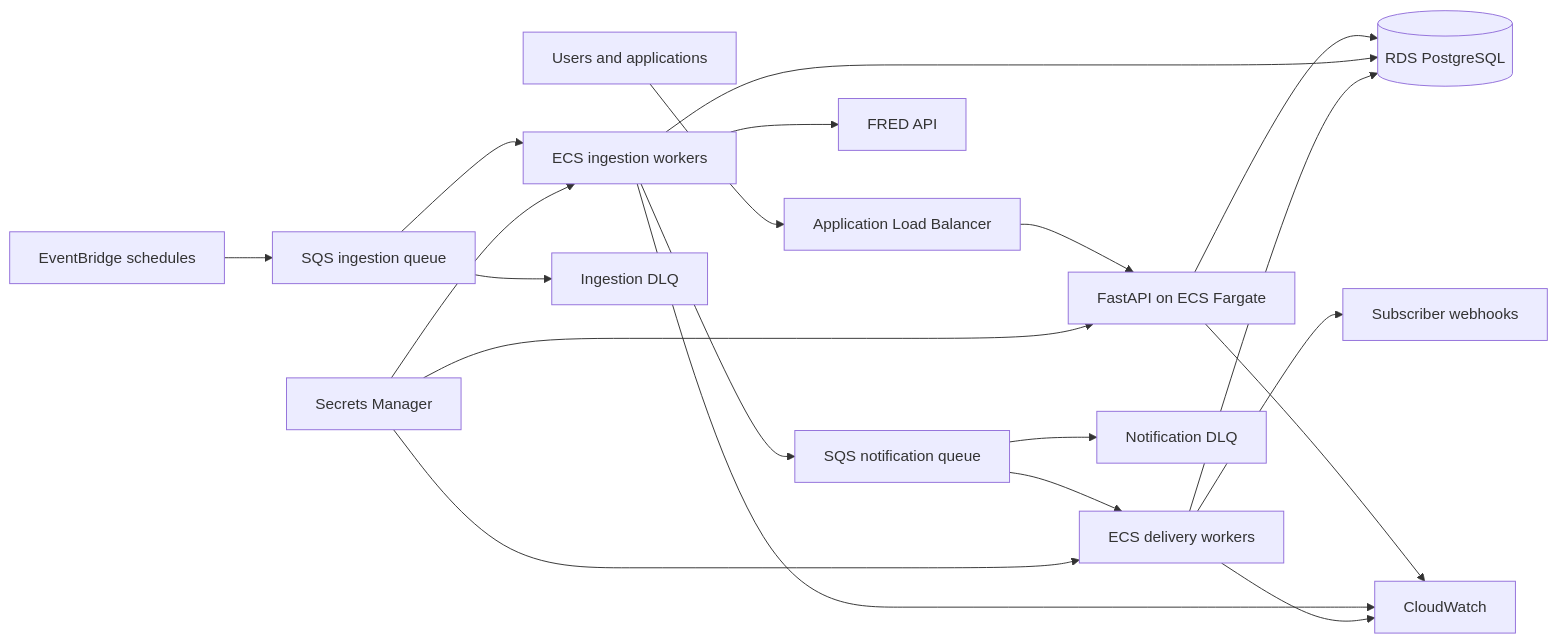
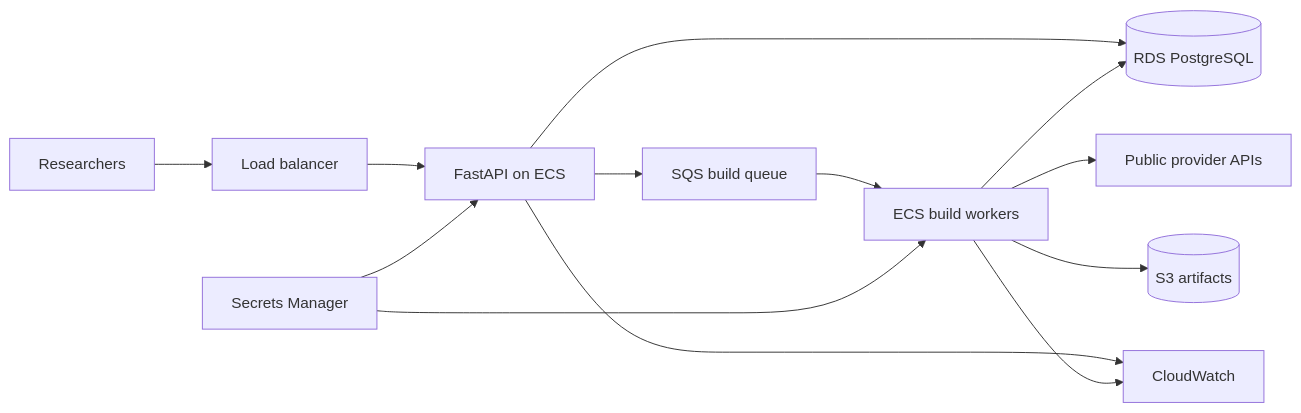
The third of 3 diagrams in docs/SYSTEM_DESIGN.md (atharvanaik06/economic-release-tracker), drawn with Mermaid before and after one commit. The commit also changed other lines of this file and 5 other files, not shown here.

````diff
--- a/docs/SYSTEM_DESIGN.md
+++ b/docs/SYSTEM_DESIGN.md
@@ -243,25 +239,15 @@
 ```mermaid
 flowchart LR
-    User[Users and applications] --> LB[Application Load Balancer]
-    LB --> API[FastAPI on ECS Fargate]
+    User[Researchers] --> LB[Load balancer]
+    LB --> API[FastAPI on ECS]
     API --> RDS[(RDS PostgreSQL)]
-
-    EB[EventBridge schedules] --> IQ[SQS ingestion queue]
-    IQ --> IW[ECS ingestion workers]
-    IW --> FRED[FRED API]
-    IW --> RDS
-    IW --> NQ[SQS notification queue]
-
-    NQ --> NW[ECS delivery workers]
-    NW --> Hooks[Subscriber webhooks]
-    NW --> RDS
-
-    IQ --> IDLQ[Ingestion DLQ]
-    NQ --> NDLQ[Notification DLQ]
+    API --> Q[SQS build queue]
+    Q --> Workers[ECS build workers]
+    Workers --> Providers[Public provider APIs]
+    Workers --> RDS
+    Workers --> S3[(S3 artifacts)]
     SM[Secrets Manager] --> API
-    SM --> IW
-    SM --> NW
+    SM --> Workers
     API --> CW[CloudWatch]
-    IW --> CW
-    NW --> CW
+    Workers --> CW
 ```
````
